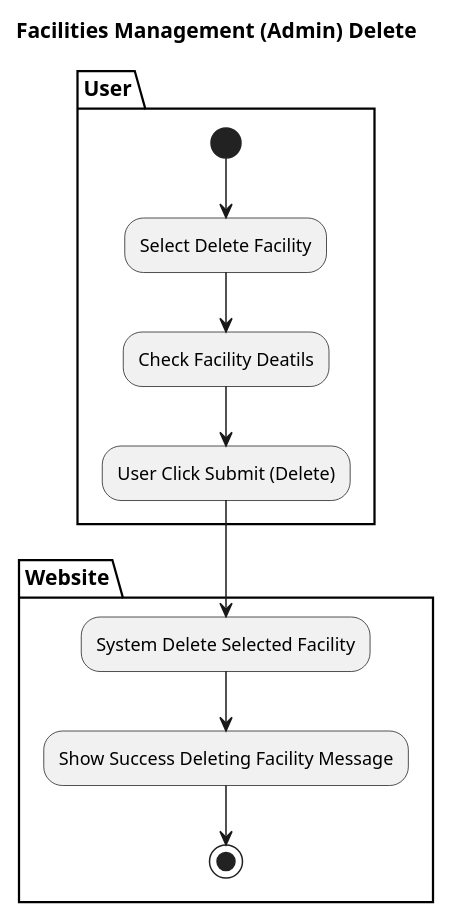
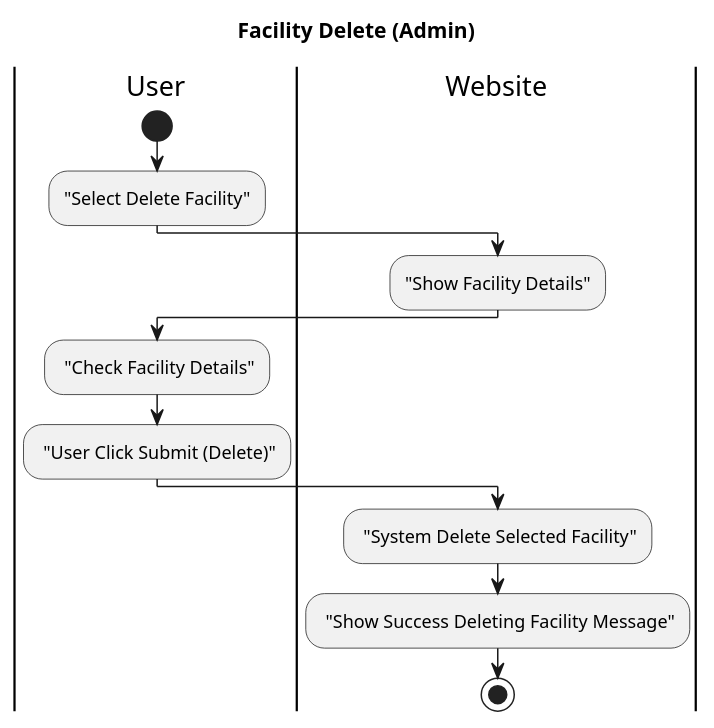
Before and after one commit to AntWort21/BHFMS: the diagram in Design/BHFMS_ACTIVITY/Facilities Management (Admin) Delete.puml, drawn with PlantUML. The commit also changed 9 other files, not shown here.

Commit message:
Update all Activity Diagram w/ Swimlane

```diff
--- a/Design/BHFMS_ACTIVITY/Facilities Management (Admin) Delete.puml
+++ b/Design/BHFMS_ACTIVITY/Facilities Management (Admin) Delete.puml
@@ -1,14 +1,18 @@
 @startuml
-title Facilities Management (Admin) Delete
-partition User {
-(*) --> "Select Delete Facility"
-    --> "Check Facility Deatils"
-    --> "User Click Submit (Delete)"
-}
+title Facility Delete (Admin)
+|User|
+start 
+    :"Select Delete Facility";
+|Website|
+    :"Show Facility Details";
 
-partition Website {
-    "User Click Submit (Delete)" --> "System Delete Selected Facility"
-    --> "Show Success Deleting Facility Message"
-    --> (*)
-}
+|User|
+    : "Check Facility Details";
+    : "User Click Submit (Delete)";
+
+
+|Website|
+    : "System Delete Selected Facility";
+    : "Show Success Deleting Facility Message";
+    stop
 @enduml
```
